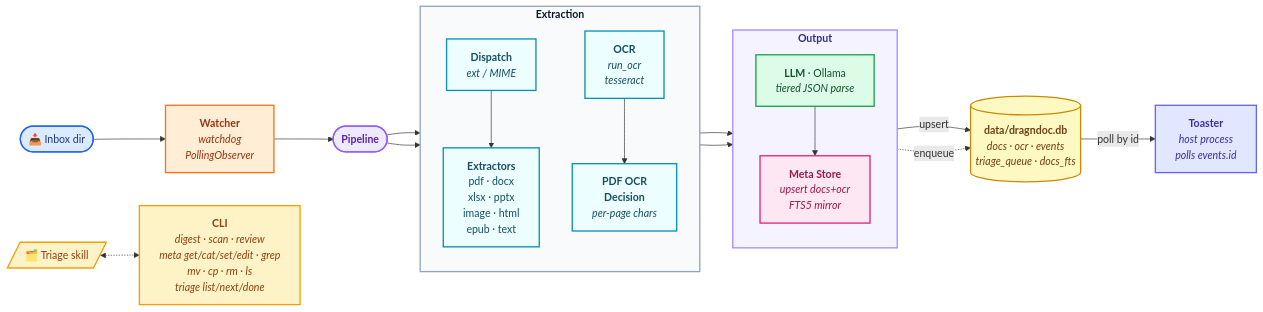
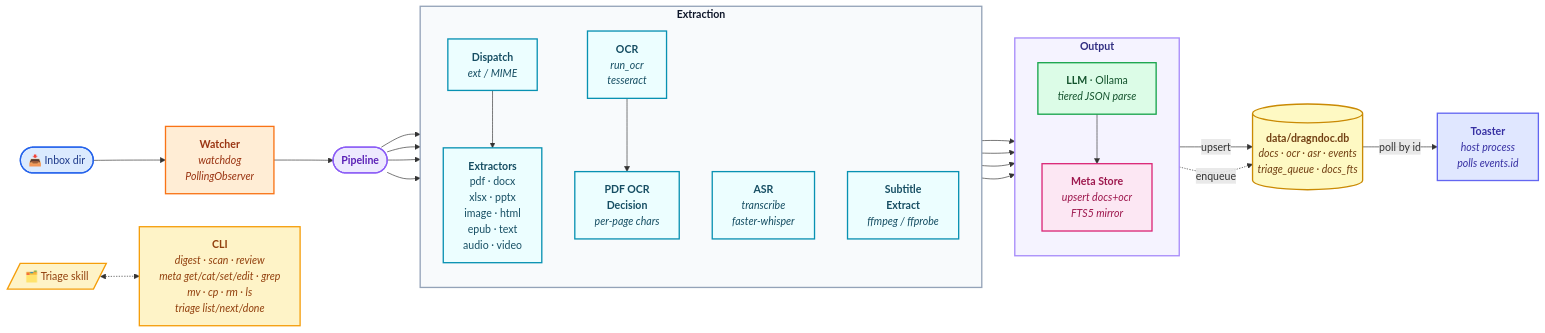
Before and after one commit to talraveh1/automafile: the diagram in architecture.md, drawn with Mermaid. The commit also changed other lines of this file and 38 other files, not shown here.

````diff
--- a/architecture.md
+++ b/architecture.md
@@ -3,47 +3,51 @@
 ```mermaid
 flowchart LR
    inbox(["📥 Inbox dir"]):::source
    watcher["<b>Watcher</b><br/><i>watchdog<br/>PollingObserver</i>"]:::watch
    pipeline(["<b>Pipeline</b>"]):::core
 
    subgraph extract ["<b>Extraction</b>"]
       direction TB
       dispatch["<b>Dispatch</b><br/><i>ext / MIME</i>"]:::stage
-      extractors["<b>Extractors</b><br/>pdf · docx<br/>xlsx · pptx<br/>image · html<br/>epub · text"]:::stage
+      extractors["<b>Extractors</b><br/>pdf · docx<br/>xlsx · pptx<br/>image · html<br/>epub · text<br/>audio · video"]:::stage
       ocr["<b>OCR</b><br/><i>run_ocr<br/>tesseract</i>"]:::stage
       ocr_decision["<b>PDF OCR<br/>Decision</b><br/><i>per-page chars</i>"]:::stage
+      asr["<b>ASR</b><br/><i>transcribe<br/>faster-whisper</i>"]:::stage
+      subs["<b>Subtitle<br/>Extract</b><br/><i>ffmpeg / ffprobe</i>"]:::stage
    end
 
    subgraph output ["<b>Output</b>"]
       direction TB
       llm["<b>LLM</b> · Ollama<br/><i>tiered JSON parse</i>"]:::ai
       writers["<b>Meta Store</b><br/><i>upsert docs+ocr<br/>FTS5 mirror</i>"]:::write
    end
 
-   db[("<b>data/dragndoc.db</b><br/><i>docs · ocr · events<br/>triage_queue · docs_fts</i>")]:::journal
+   db[("<b>data/dragndoc.db</b><br/><i>docs · ocr · asr · events<br/>triage_queue · docs_fts</i>")]:::journal
    toaster["<b>Toaster</b><br/><i>host process<br/>polls events.id</i>"]:::notify
 
    cli["<b>CLI</b><br/><i>digest · scan · review<br/>meta get/cat/set/edit · grep<br/>mv · cp · rm · ls<br/>triage list/next/done</i>"]:::tool
    triage[/"🗂️ Triage skill"/]:::tool
 
    inbox --> watcher --> pipeline
    pipeline --> dispatch --> extractors --> output
    pipeline --> ocr --> ocr_decision --> output
+   pipeline --> asr --> output
+   pipeline --> subs --> output
    llm --> writers
    writers -->|upsert| db
    writers -.->|enqueue| db
    db -->|poll by id| toaster
    triage <-.-> cli
    style extract fill:#f8fafc,stroke:#94a3b8,stroke-width:2px,color:#0f172a
    style output fill:#f5f3ff,stroke:#a78bfa,stroke-width:2px,color:#312e81
 
    classDef source  fill:#dbeafe,stroke:#2563eb,stroke-width:2px,color:#1e3a8a
    classDef watch   fill:#ffedd5,stroke:#f97316,stroke-width:2px,color:#9a3412
    classDef core    fill:#ede9fe,stroke:#8b5cf6,stroke-width:2px,color:#5b21b6
    classDef stage   fill:#ecfeff,stroke:#0891b2,stroke-width:2px,color:#164e63
    classDef ai      fill:#dcfce7,stroke:#16a34a,stroke-width:2px,color:#14532d
    classDef write   fill:#fce7f3,stroke:#db2777,stroke-width:2px,color:#9d174d
    classDef journal fill:#fef9c3,stroke:#ca8a04,stroke-width:2px,color:#713f12
    classDef notify  fill:#e0e7ff,stroke:#6366f1,stroke-width:2px,color:#3730a3
    classDef tool    fill:#fef3c7,stroke:#f59e0b,stroke-width:2px,color:#92400e
 ```
````
